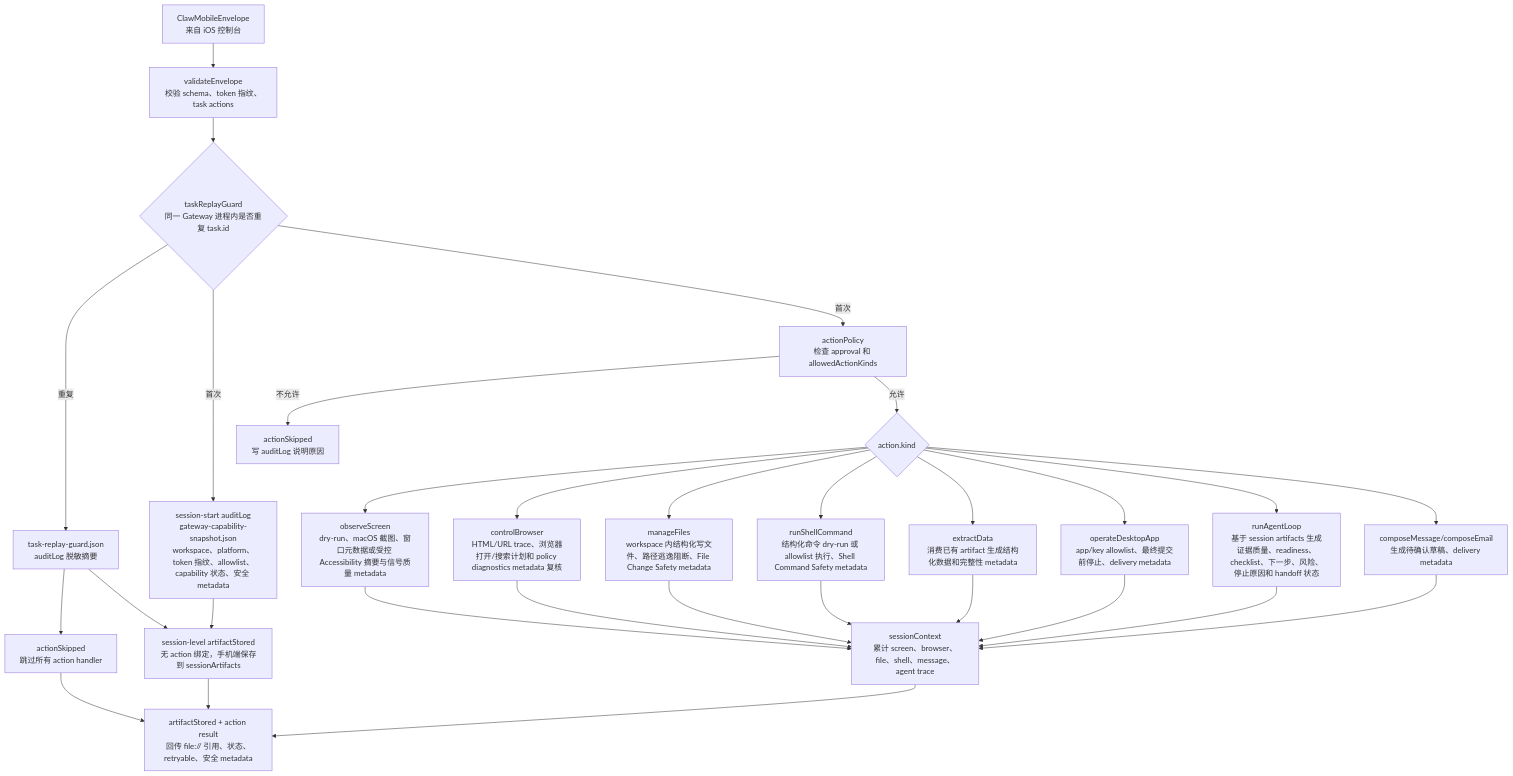
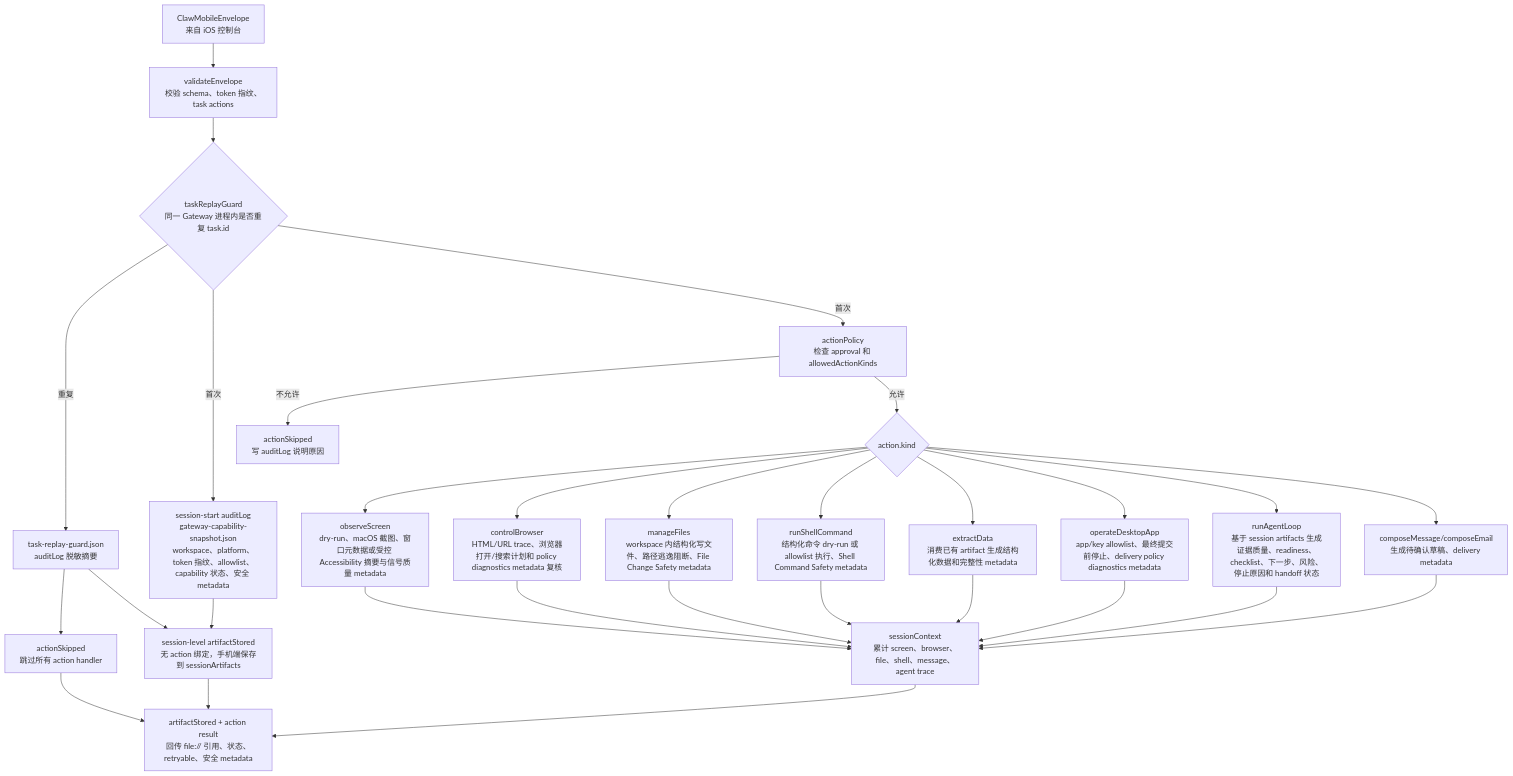
Before and after one commit to Altman-sam114/115: the second of 3 diagrams in md/flow/flowchart.md, drawn with Mermaid. The commit also changed other lines of this file and 14 other files, not shown here.

Commit message:
v0.50: Desktop App Policy Diagnostics 桌面策略诊断

````diff
--- a/md/flow/flowchart.md
+++ b/md/flow/flowchart.md
@@ -74,32 +74,32 @@
 ```mermaid
 flowchart TD
   ENV["ClawMobileEnvelope<br/>来自 iOS 控制台"] --> VAL["validateEnvelope<br/>校验 schema、token 指纹、task actions"]
   VAL --> REPLAY{"taskReplayGuard<br/>同一 Gateway 进程内是否重复 task.id"}
   REPLAY -->|"重复"| RG["task-replay-guard.json<br/>auditLog 脱敏摘要"]
   RG --> RGS["actionSkipped<br/>跳过所有 action handler"]
   RG --> SOUT
   RGS --> OUT
   REPLAY -->|"首次"| SNAP["session-start auditLog<br/>gateway-capability-snapshot.json<br/>workspace、platform、token 指纹、allowlist、capability 状态、安全 metadata"]
   REPLAY -->|"首次"| POL["actionPolicy<br/>检查 approval 和 allowedActionKinds"]
   POL -->|不允许| SKIP["actionSkipped<br/>写 auditLog 说明原因"]
   POL -->|允许| KIND{"action.kind"}
   KIND --> OBS["observeScreen<br/>dry-run、macOS 截图、窗口元数据或受控 Accessibility 摘要与信号质量 metadata"]
   KIND --> BRO["controlBrowser<br/>HTML/URL trace、浏览器打开/搜索计划和 policy diagnostics metadata 复核"]
   KIND --> FILE["manageFiles<br/>workspace 内结构化写文件、路径逃逸阻断、File Change Safety metadata"]
   KIND --> SH["runShellCommand<br/>结构化命令 dry-run 或 allowlist 执行、Shell Command Safety metadata"]
   KIND --> EXT["extractData<br/>消费已有 artifact 生成结构化数据和完整性 metadata"]
-  KIND --> APP["operateDesktopApp<br/>app/key allowlist、最终提交前停止、delivery metadata"]
+  KIND --> APP["operateDesktopApp<br/>app/key allowlist、最终提交前停止、delivery policy diagnostics metadata"]
   KIND --> AG["runAgentLoop<br/>基于 session artifacts 生成证据质量、readiness、checklist、下一步、风险、停止原因和 handoff 状态"]
   KIND --> MSG["composeMessage/composeEmail<br/>生成待确认草稿、delivery metadata"]
   OBS --> CTX["sessionContext<br/>累计 screen、browser、file、shell、message、agent trace"]
   BRO --> CTX
   FILE --> CTX
   SH --> CTX
   EXT --> CTX
   APP --> CTX
   AG --> CTX
   MSG --> CTX
   SNAP --> SOUT["session-level artifactStored<br/>无 action 绑定，手机端保存到 sessionArtifacts"]
   CTX --> OUT["artifactStored + action result<br/>回传 file:// 引用、状态、retryable、安全 metadata"]
   SOUT --> OUT
 ```
````
